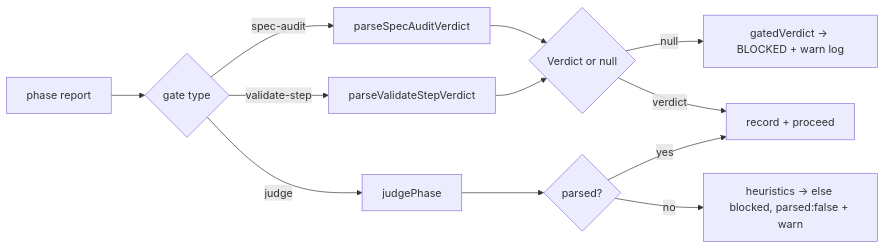
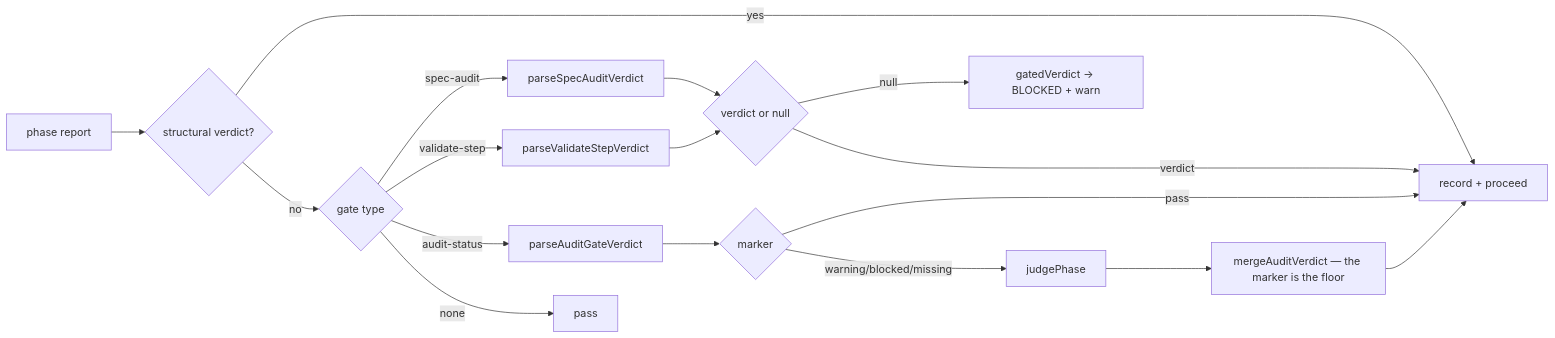
One commit to dahch/huginn changed the fourth of 26 diagrams in DESIGN.md. Above: the diagram before and after it, drawn with Mermaid. The commit also changed other lines of this file and 4 other files, not shown here.

First line of the commit message:
docs: record the new turn budget and gate shapes

````diff
--- a/DESIGN.md
+++ b/DESIGN.md
@@ -352,14 +353,19 @@
 ```mermaid
 flowchart LR
-    A[phase report] --> B{gate type}
+    A[phase report] --> S{structural verdict?}
+    S -- yes --> H[record + proceed]
+    S -- no --> B{gate type}
     B -- spec-audit --> C[parseSpecAuditVerdict]
     B -- validate-step --> D[parseValidateStepVerdict]
-    B -- judge --> E[judgePhase]
-    C --> F{Verdict or null}
+    B -- audit-status --> K[parseAuditGateVerdict]
+    B -- none --> P[pass]
+    C --> F{verdict or null}
     D --> F
-    F -- null --> G[gatedVerdict → BLOCKED + warn log]
-    F -- verdict --> H[record + proceed]
-    E --> I{parsed?}
-    I -- yes --> H
-    I -- no --> J[heuristics → else blocked, parsed:false + warn]
+    F -- null --> G[gatedVerdict → BLOCKED + warn]
+    F -- verdict --> H
+    K --> M{marker}
+    M -- pass --> H
+    M -- warning/blocked/missing --> E[judgePhase]
+    E --> N[mergeAuditVerdict — the marker is the floor]
+    N --> H
 ```
````
